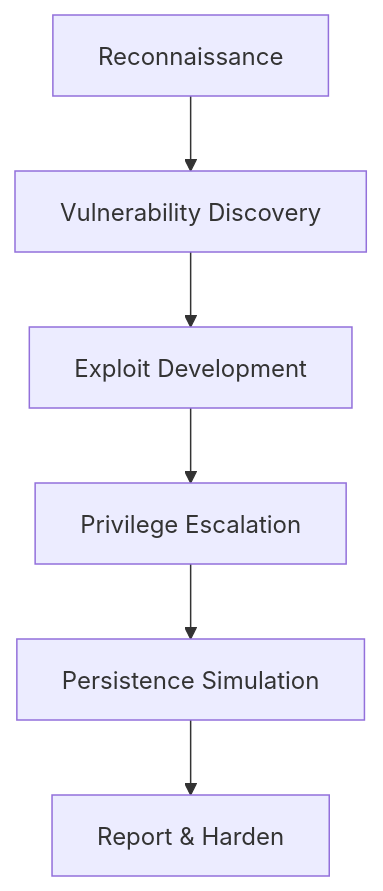
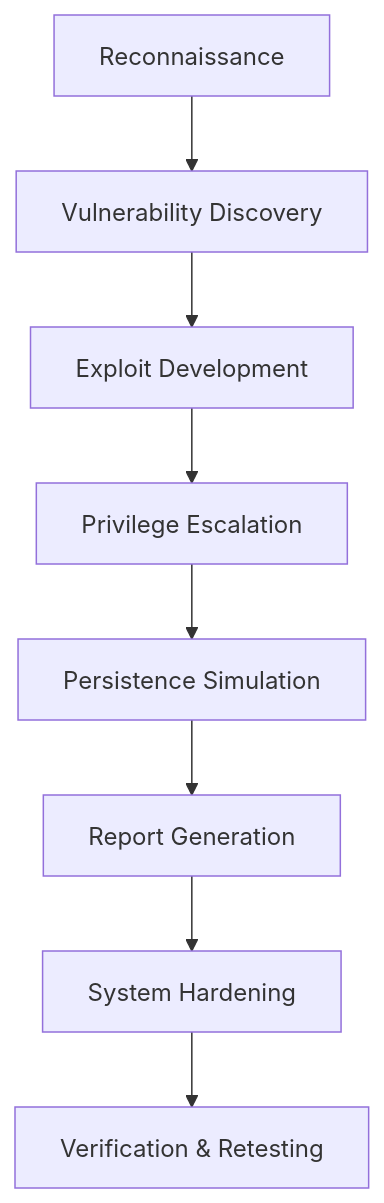
Before and after one commit to funbinet/funbinet: the diagram in README.md, drawn with Mermaid. The commit also changed other lines of this file, not shown here.

````diff
--- a/README.md
+++ b/README.md
@@ -34,8 +29,10 @@
 ```mermaid
 graph TD;
 A[Reconnaissance] --> B[Vulnerability Discovery];
 B --> C[Exploit Development];
 C --> D[Privilege Escalation];
 D --> E[Persistence Simulation];
-E --> F[Report & Harden];
+E --> F[Report Generation];
+F --> G[System Hardening];
+G --> H[Verification & Retesting];
 ```
````
